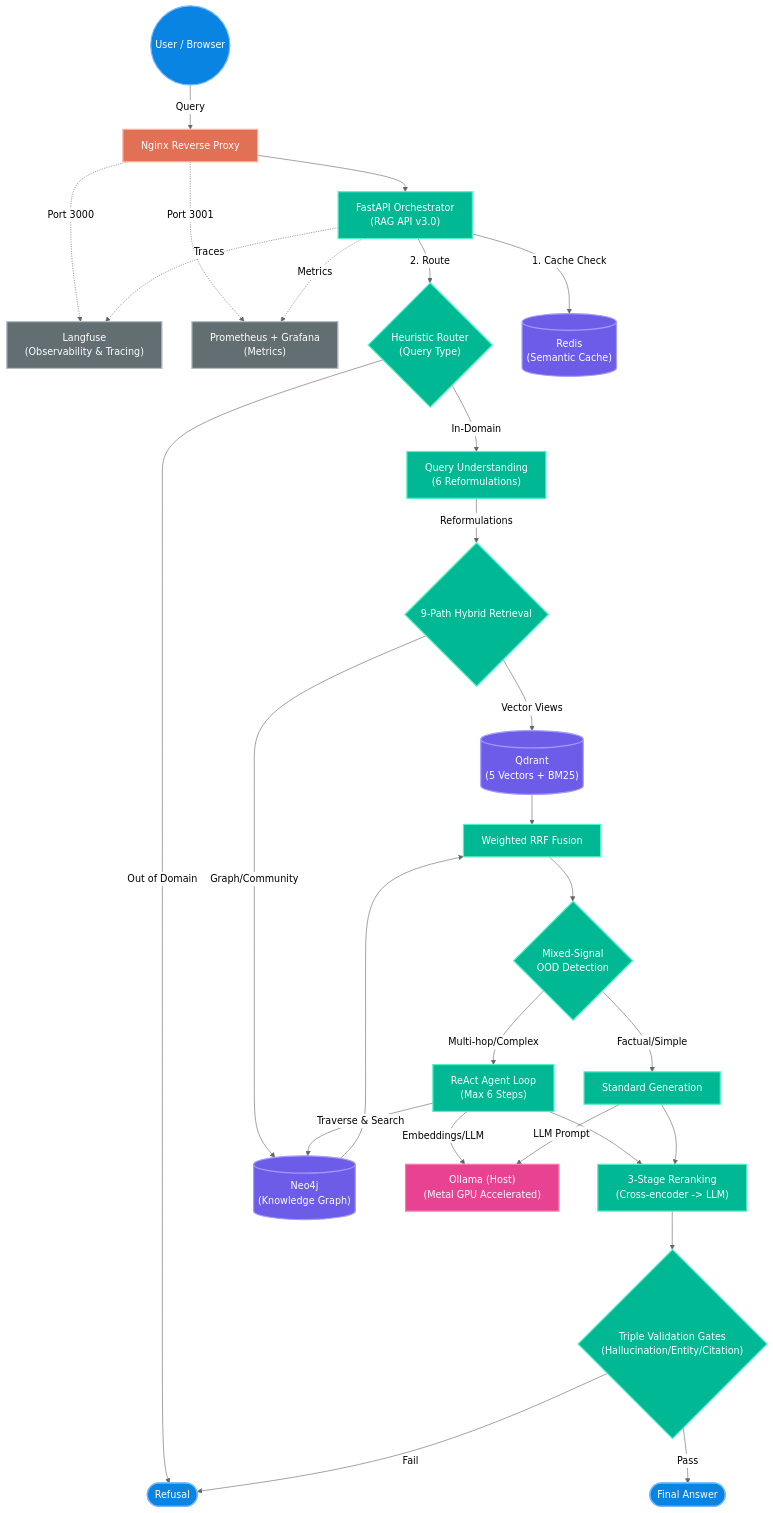
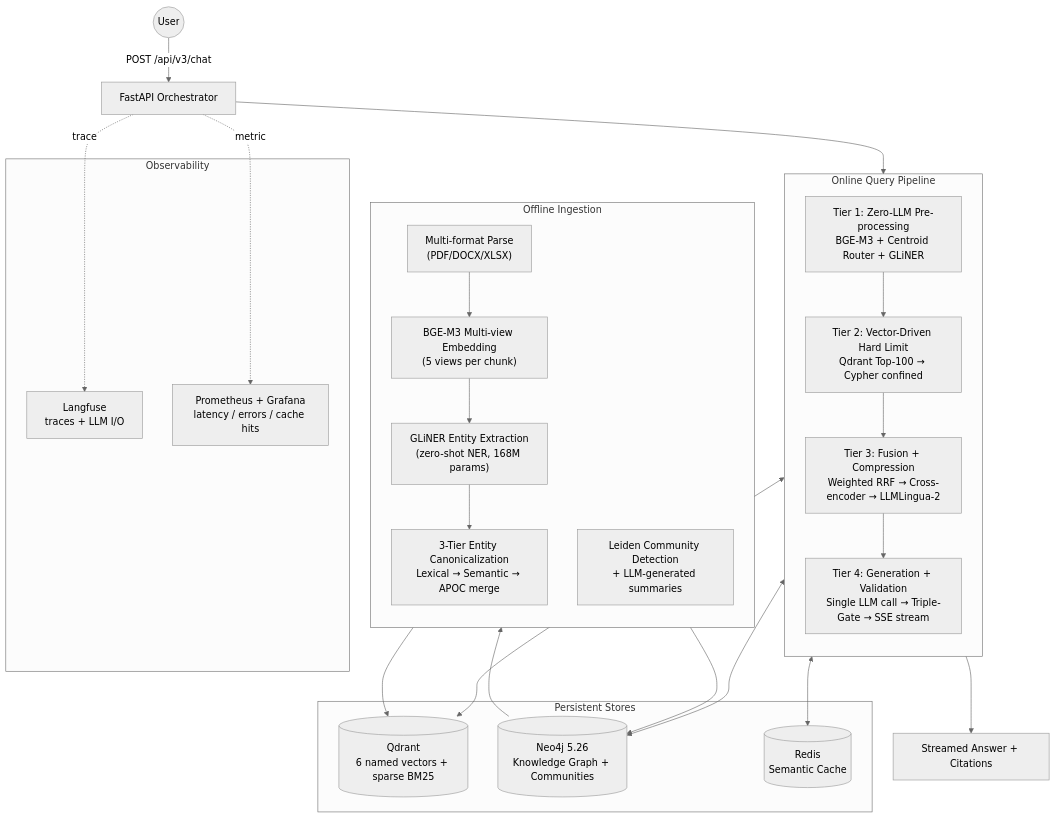
The diagram in README.md (vudang4494/VRAG), drawn with Mermaid (neutral theme) before and after one commit. The commit also changed other lines of this file and 70 other files, not shown here.

````diff
--- a/README.md
+++ b/README.md
@@ -23,78 +80,44 @@
 ```mermaid
 flowchart TD
-    %% Nodes
-    User((User / Browser))
-    Nginx["Nginx Reverse Proxy"]
-    Langfuse["Langfuse<br/>(Observability & Tracing)"]
-    Grafana["Prometheus + Grafana<br/>(Metrics)"]
-    
-    API["FastAPI Orchestrator<br/>(RAG API v3.0)"]
-    Router{"Heuristic Router<br/>(Query Type)"}
-    Understand["Query Understanding<br/>(6 Reformulations)"]
-    
-    Retrieve{"9-Path Hybrid Retrieval"}
-    RRF["Weighted RRF Fusion"]
-    OOD{"Mixed-Signal<br/>OOD Detection"}
-    ReAct["ReAct Agent Loop<br/>(Max 6 Steps)"]
-    Standard["Standard Generation"]
-    Rerank["3-Stage Reranking<br/>(Cross-encoder -> LLM)"]
-    Validate{"Triple Validation Gates<br/>(Hallucination/Entity/Citation)"}
-    
-    Redis[("Redis<br/>(Semantic Cache)")]
-    Qdrant[("Qdrant<br/>(5 Vectors + BM25)")]
-    Neo4j[("Neo4j<br/>(Knowledge Graph)")]
-    Ollama["Ollama (Host)<br/>(Metal GPU Accelerated)"]
-    
-    %% Edges
-    User -- "Query" --> Nginx
-    Nginx --> API
-    Nginx -. "Port 3000" .-> Langfuse
-    Nginx -. "Port 3001" .-> Grafana
-    
-    API -- "1. Cache Check" --> Redis
-    API -- "2. Route" --> Router
-    
-    Router -->|"In-Domain"| Understand
-    Router -->|"Out of Domain"| Reject(["Refusal"])
-    
-    Understand -- "Reformulations" --> Retrieve
-    
-    Retrieve -- "Vector Views" --> Qdrant
-    Retrieve -- "Graph/Community" --> Neo4j
-    
-    Qdrant --> RRF
-    Neo4j --> RRF
-    RRF --> OOD
-    
-    OOD -->|"Multi-hop/Complex"| ReAct
-    OOD -->|"Factual/Simple"| Standard
-    
-    ReAct -- "Traverse & Search" --> Neo4j
-    ReAct -- "Embeddings/LLM" --> Ollama
-    Standard -- "LLM Prompt" --> Ollama
-    
-    ReAct --> Rerank
-    Standard --> Rerank
-    
-    Rerank --> Validate
-    Validate -->|"Pass"| Answer(["Final Answer"])
-    Validate -->|"Fail"| Reject
-    
-    API -. "Traces" .-> Langfuse
-    API -. "Metrics" .-> Grafana
-    
-    %% Styling
-    classDef blue fill:#0984e3,stroke:#74b9ff,stroke-width:2px,color:#fff
-    classDef orange fill:#e17055,stroke:#fab1a0,stroke-width:2px,color:#fff
-    classDef green fill:#00b894,stroke:#55efc4,stroke-width:2px,color:#fff
-    classDef purple fill:#6c5ce7,stroke:#a29bfe,stroke-width:2px,color:#fff
-    classDef pink fill:#e84393,stroke:#fd79a8,stroke-width:2px,color:#fff
-    classDef gray fill:#636e72,stroke:#b2bec3,stroke-width:2px,color:#fff
-    
-    class User,Answer,Reject blue
-    class Nginx orange
-    class API,Router,Understand,Retrieve,RRF,OOD,ReAct,Standard,Rerank,Validate green
-    class Redis,Qdrant,Neo4j purple
-    class Ollama pink
-    class Langfuse,Grafana gray
+    User((User)) -->|POST /api/v3/chat| API[FastAPI Orchestrator]
+
+    subgraph Online["Online Query Pipeline"]
+      direction TB
+      T1["Tier 1: Zero-LLM Pre-processing<br/>BGE-M3 + Centroid Router + GLiNER"]
+      T2["Tier 2: Vector-Driven Hard Limit<br/>Qdrant Top-100 → Cypher confined"]
+      T3["Tier 3: Fusion + Compression<br/>Weighted RRF → Cross-encoder → LLMLingua-2"]
+      T4["Tier 4: Generation + Validation<br/>Single LLM call → Triple-Gate → SSE stream"]
+      T1 --> T2 --> T3 --> T4
+    end
+
+    API --> Online --> Resp[Streamed Answer + Citations]
+
+    subgraph Stores["Persistent Stores"]
+      Qdrant[(Qdrant<br/>6 named vectors + sparse BM25)]
+      Neo4j[(Neo4j 5.26<br/>Knowledge Graph + Communities)]
+      Redis[(Redis<br/>Semantic Cache)]
+    end
+
+    Online <--> Qdrant
+    Online <--> Neo4j
+    Online <--> Redis
+
+    subgraph Offline["Offline Ingestion"]
+      direction TB
+      Chunk["Multi-format Parse<br/>(PDF/DOCX/XLSX)"]
+      Embed["BGE-M3 Multi-view Embedding<br/>(5 views per chunk)"]
+      NER["GLiNER Entity Extraction<br/>(zero-shot NER, 168M params)"]
+      Canon["3-Tier Entity Canonicalization<br/>Lexical → Semantic → APOC merge"]
+      Comm["Leiden Community Detection<br/>+ LLM-generated summaries"]
+      Chunk --> Embed --> Qdrant
+      Embed --> NER --> Canon --> Neo4j --> Comm
+    end
+
+    subgraph Obs["Observability"]
+      Langfuse[Langfuse<br/>traces + LLM I/O]
+      Prom[Prometheus + Grafana<br/>latency / errors / cache hits]
+    end
+
+    API -.->|trace| Langfuse
+    API -.->|metric| Prom
 ```
````
